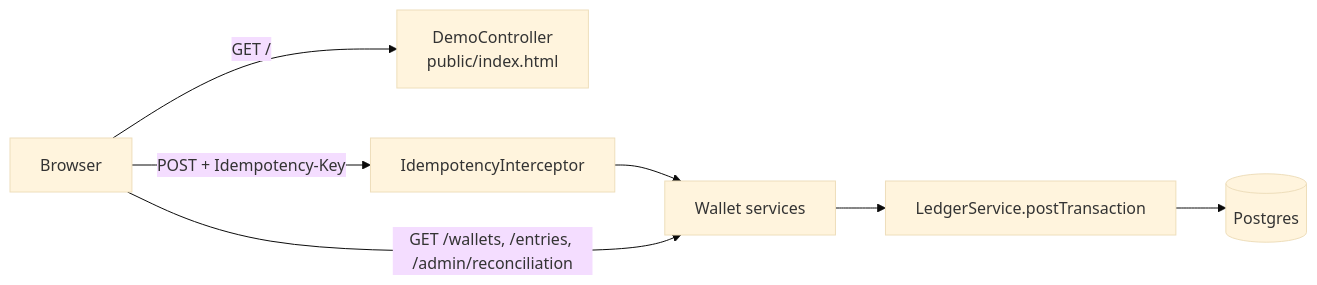
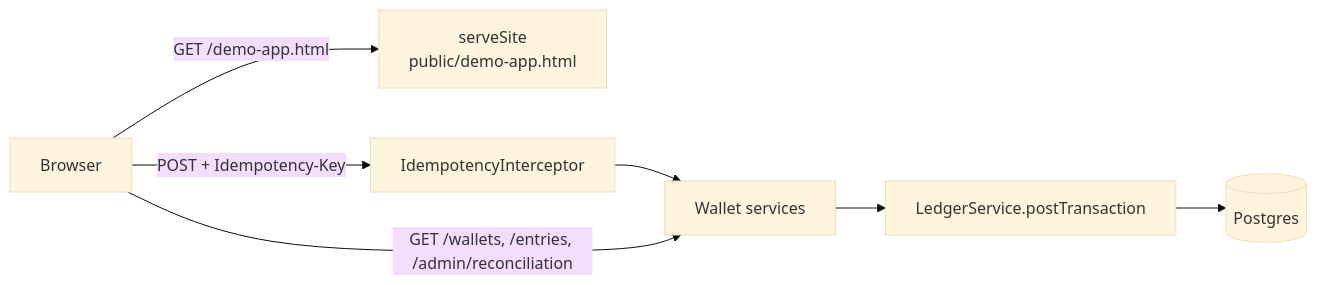
One commit to F-Fischer/wallet-ledger changed the diagram in docs/features/demo-web.md. Above: the diagram before and after it, drawn with Mermaid (base theme). The commit also changed other lines of this file and 4 other files, not shown here.

````diff
--- a/docs/features/demo-web.md
+++ b/docs/features/demo-web.md
@@ -27,9 +28,9 @@
 ```mermaid
 flowchart LR
-  B[Browser] -->|GET /| D[DemoController<br/>public/index.html]
+  B[Browser] -->|GET /demo-app.html| D["serveSite<br/>public/demo-app.html"]
   B -->|POST + Idempotency-Key| I[IdempotencyInterceptor]
   I --> S[Wallet services]
   S --> L[LedgerService.postTransaction]
   L --> P[(Postgres)]
   B -->|GET /wallets, /entries, /admin/reconciliation| S
 ```
````
